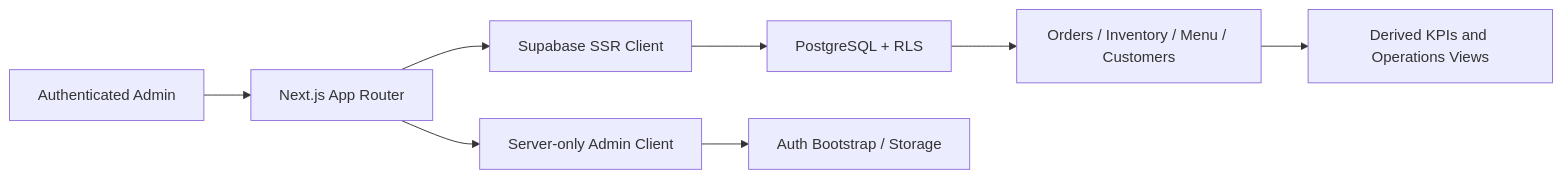
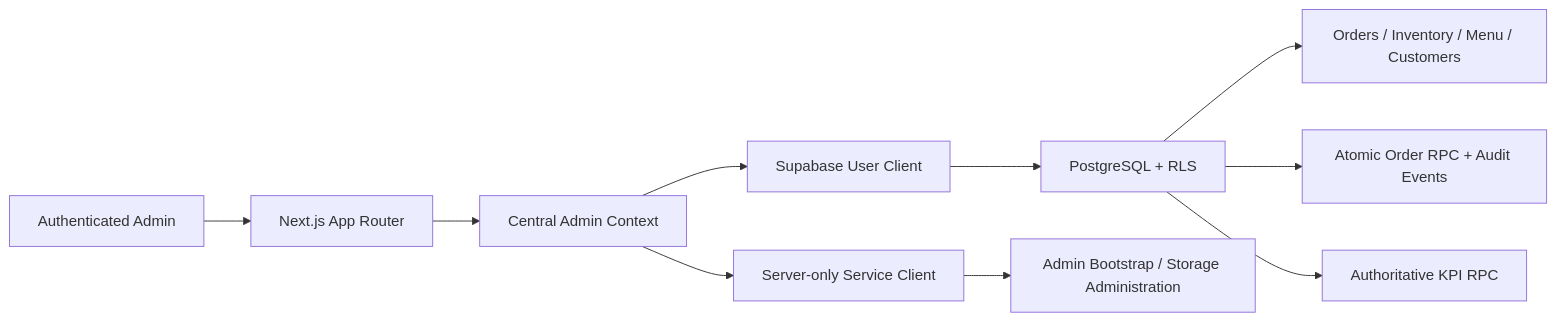
One commit to skybridgecx-code/mogrillz-ops-app changed the diagram in README.md. Above: the diagram before and after it, drawn with Mermaid. The commit also changed other lines of this file, not shown here.

Commit message:
docs: document hardened operations architecture

````diff
--- a/README.md
+++ b/README.md
@@ -24,10 +26,12 @@
 ```mermaid
 flowchart LR
     A[Authenticated Admin] --> B[Next.js App Router]
-    B --> C[Supabase SSR Client]
-    C --> D[PostgreSQL + RLS]
-    B --> E[Server-only Admin Client]
-    E --> F[Auth Bootstrap / Storage]
-    D --> G[Orders / Inventory / Menu / Customers]
-    G --> H[Derived KPIs and Operations Views]
+    B --> C[Central Admin Context]
+    C --> D[Supabase User Client]
+    D --> E[PostgreSQL + RLS]
+    E --> F[Orders / Inventory / Menu / Customers]
+    E --> G[Atomic Order RPC + Audit Events]
+    E --> H[Authoritative KPI RPC]
+    C --> I[Server-only Service Client]
+    I --> J[Admin Bootstrap / Storage Administration]
 ```
````
